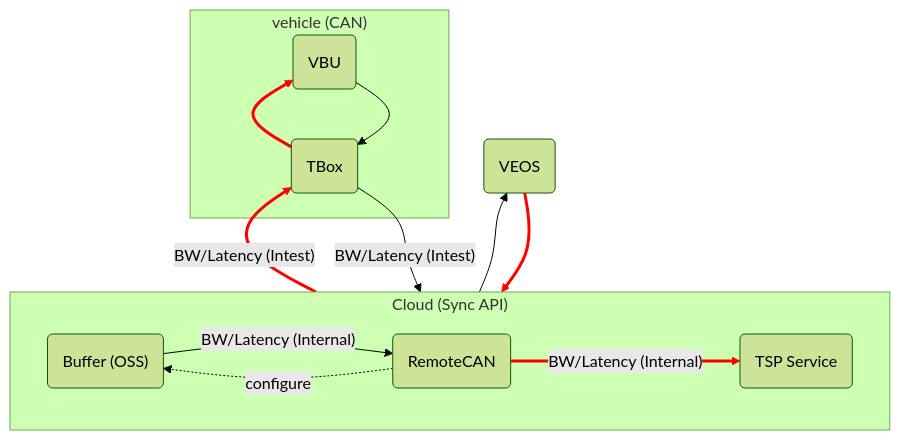
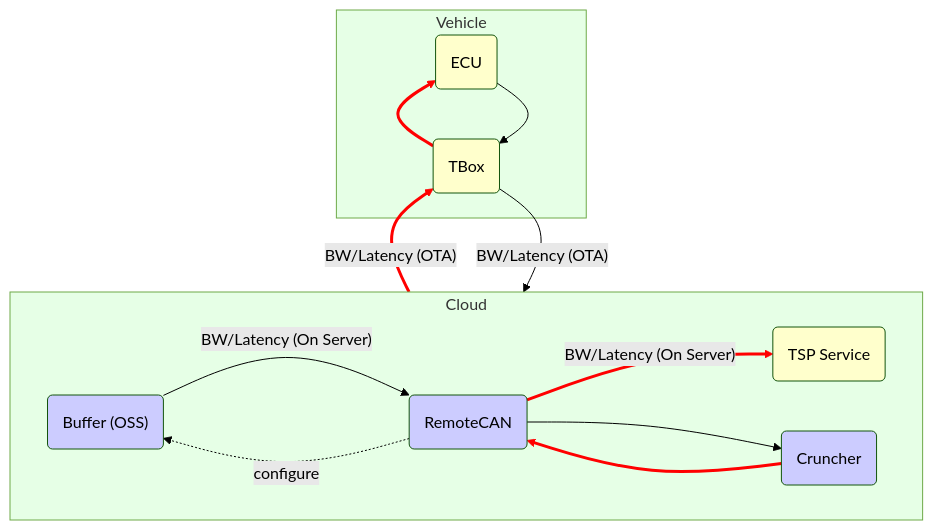
One commit to Binjian/org changed the first of 5 diagrams in roam/20220408125710-veos_adp_training_data_interface.org. Above: the diagram before and after it, drawn with Mermaid (forest theme). The commit also changed other lines of this file, not shown here.

Commit message:
[update] dataflow mermaid svg aligned with tspace

```diff
--- a/roam/20220408125710-veos_adp_training_data_interface.org
+++ b/roam/20220408125710-veos_adp_training_data_interface.org
@@ -230,21 +230,35 @@
-#+begin_src mermaid :file ./img/adp_data_flow_seq_block.png
-graph BT
-  subgraph "vehicle (CAN)"
-  VBU(VBU)-->TBox(TBox)
-  TBox-->VBU
+#+begin_src mermaid :file ./img/adp_data_flow_seq_block.svg
+graph  BT
+  subgraph vehicle ["Vehicle"]
+    %% line 0
+    ECU(ECU)-->TBox(TBox)
+    %% line 1
+    TBox-->ECU
   end
-  subgraph "Cloud (Sync API)"
+  subgraph cloud ["Cloud"]
     direction LR
-    TBox--"BW/Latency (Intest)"-->Buffer("Buffer (OSS)")
-    Buffer--"BW/Latency (Internal)"-->RemoteCAN(RemoteCAN)
-    RemoteCAN--"BW/Latency (Internal)"-->TSP(TSP Service)
+    %% line 2
+    Buffer--"BW/Latency (On Server)"-->RemoteCAN(RemoteCAN)
+    RemoteCAN--"BW/Latency (On Server)"-->TSP(TSP Service)
+    RemoteCAN-.configure.->Buffer
+    Cruncher(Cruncher)-->RemoteCAN(RemoteCAN)
+    RemoteCAN-->Cruncher
   end
-  TSP--"BW/Latency (Intest)"-->TBox
-  VEOS(VEOS)-->RemoteCAN(RemoteCAN)
-  RemoteCAN-->VEOS
-  RemoteCAN-.configure.->Buffer
+  %% line 7
+  TBox--"BW/Latency (OTA)"-->Buffer("Buffer (OSS)")
+  TSP--"BW/Latency (OTA)"-->TBox
   linkStyle 1 stroke-width:3px,stroke:red
-  linkStyle 4 stroke-width:3px,stroke:red
+  linkStyle 3 stroke-width:3px,stroke:red
   linkStyle 5 stroke-width:3px,stroke:red
-  linkStyle 6 stroke-width:3px,stroke:red
+  linkStyle 8 stroke-width:3px,stroke:red
+  style Cruncher fill:#ccccff
+  style ECU fill:#ffffcc
+  style TBox fill:#ffffcc
+  style RemoteCAN fill:#ccccff
+  style Buffer fill:#ccccff
+  style TSP fill:#ffffcc
+
+  classDef green fill:#e6ffe6;
+  class vehicle green
+  class cloud green
 #+end_src
```
